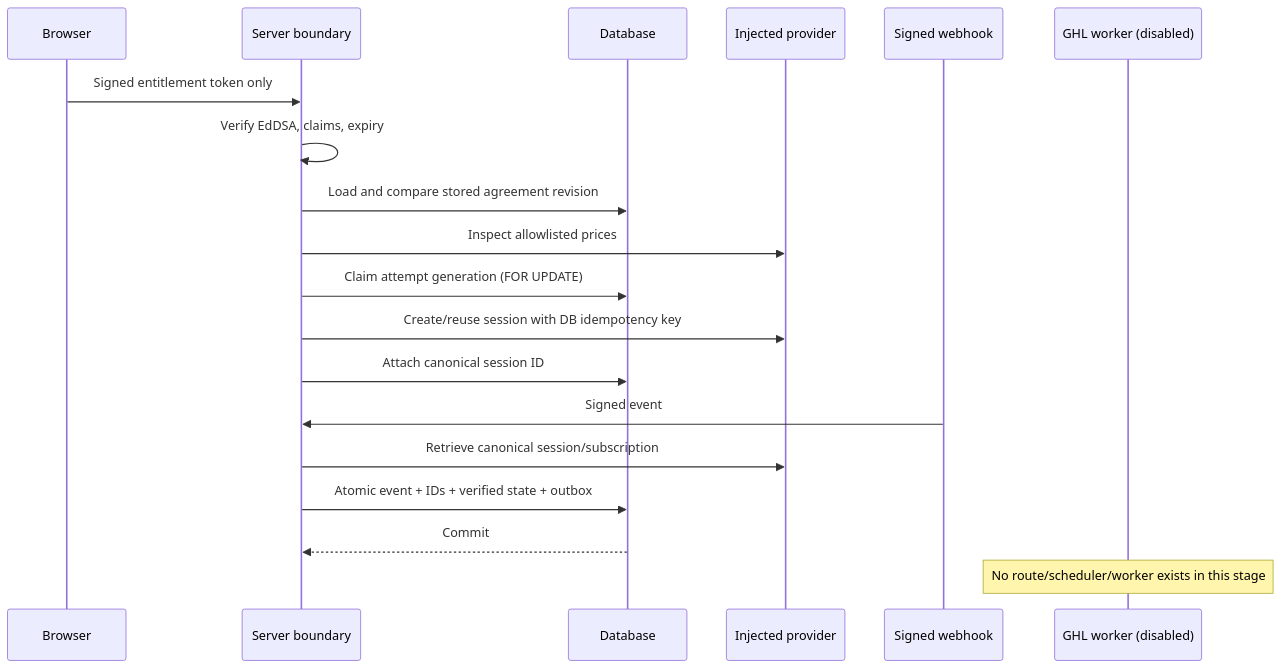
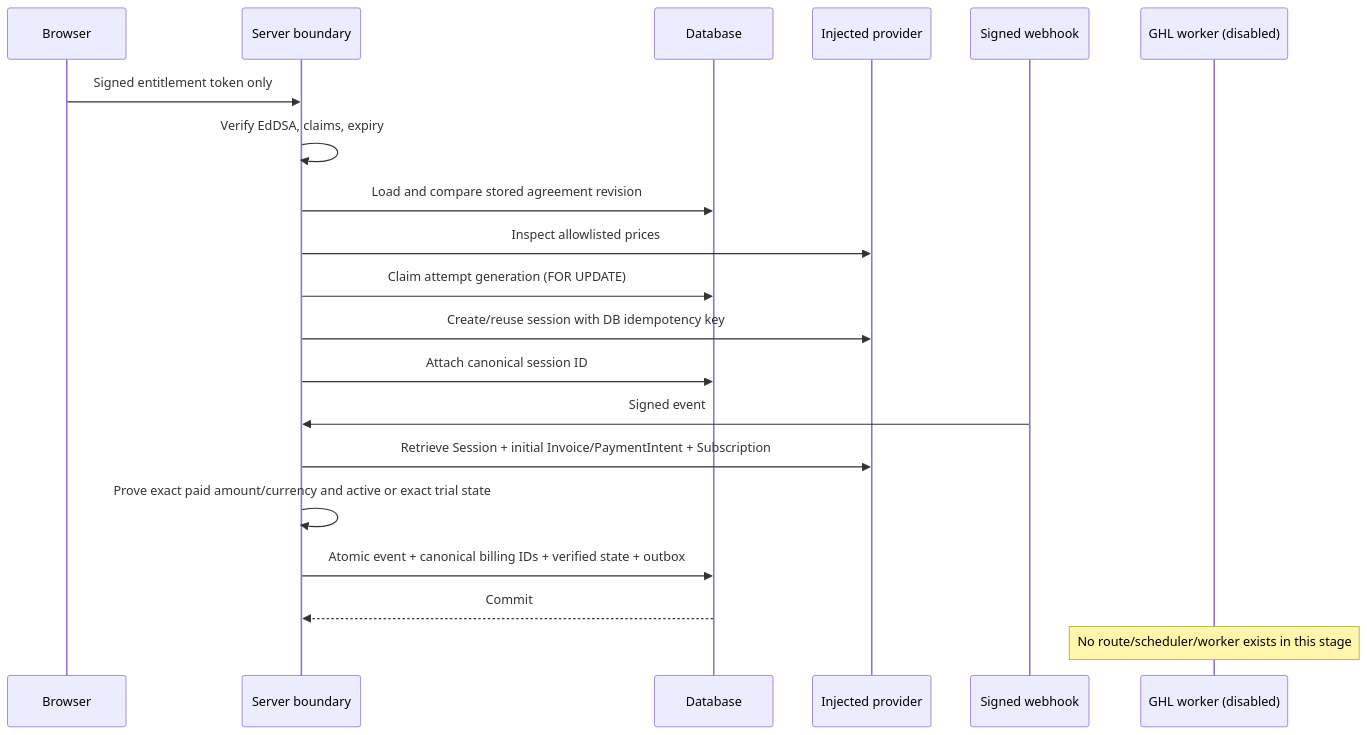
Before and after one commit to ImGaston/revfactor-hub: the second of 2 diagrams in docs/ghl/RF-AUTO-001_SERVER_CHECKOUT_BOUNDARY.md, drawn with Mermaid. The commit also changed other lines of this file and 19 other files, not shown here.

````diff
--- a/docs/ghl/RF-AUTO-001_SERVER_CHECKOUT_BOUNDARY.md
+++ b/docs/ghl/RF-AUTO-001_SERVER_CHECKOUT_BOUNDARY.md
@@ -32,22 +32,23 @@
 ```mermaid
 sequenceDiagram
   participant B as Browser
   participant S as Server boundary
   participant D as Database
   participant P as Injected provider
   participant W as Signed webhook
   participant G as GHL worker (disabled)
 
   B->>S: Signed entitlement token only
   S->>S: Verify EdDSA, claims, expiry
   S->>D: Load and compare stored agreement revision
   S->>P: Inspect allowlisted prices
   S->>D: Claim attempt generation (FOR UPDATE)
   S->>P: Create/reuse session with DB idempotency key
   S->>D: Attach canonical session ID
   W->>S: Signed event
-  S->>P: Retrieve canonical session/subscription
-  S->>D: Atomic event + IDs + verified state + outbox
+  S->>P: Retrieve Session + initial Invoice/PaymentIntent + Subscription
+  S->>S: Prove exact paid amount/currency and active or exact trial state
+  S->>D: Atomic event + canonical billing IDs + verified state + outbox
   D-->>S: Commit
   Note over G: No route/scheduler/worker exists in this stage
 ```
````
